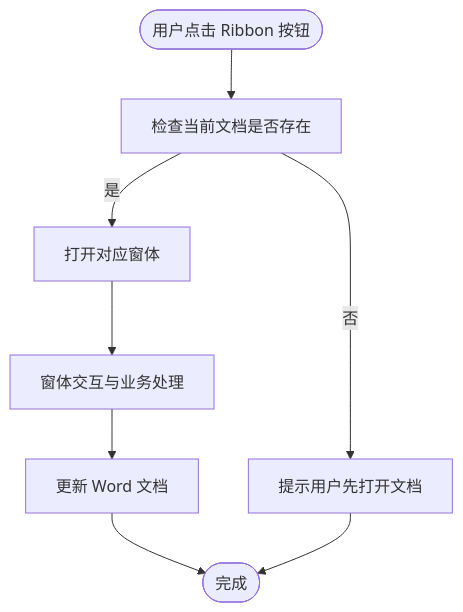
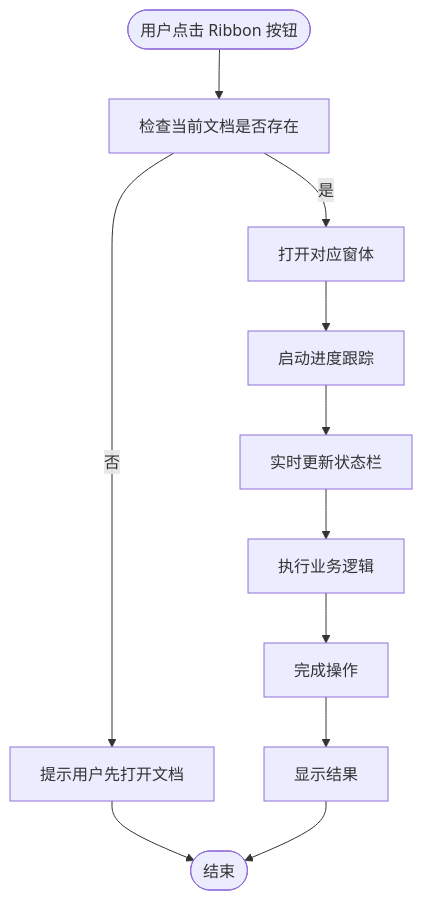
The fourth of 10 diagrams in .qoder/repowiki/zh/content/界面组件/界面组件.md (rainiva/WordTools), drawn with Mermaid before and after one commit. The commit also changed other lines of this file and 8 other files, not shown here.

Commit message:
perf: 大表格插图性能优化-清理编号与计算起始号瓶颈修复+诊断计时

````diff
--- a/.qoder/repowiki/zh/content/界面组件/界面组件.md
+++ b/.qoder/repowiki/zh/content/界面组件/界面组件.md
@@ -183,10 +201,13 @@
 ```mermaid
 flowchart TD
 Start(["用户点击 Ribbon 按钮"]) --> CheckDoc["检查当前文档是否存在"]
 CheckDoc --> |否| Warn["提示用户先打开文档"]
 CheckDoc --> |是| OpenForm["打开对应窗体"]
-OpenForm --> Interact["窗体交互与业务处理"]
-Interact --> UpdateDoc["更新 Word 文档"]
-UpdateDoc --> End(["完成"])
-Warn --> End
+OpenForm --> StartProgress["启动进度跟踪"]
+StartProgress --> UpdateStatus["实时更新状态栏"]
+UpdateStatus --> ProcessTask["执行业务逻辑"]
+ProcessTask --> Complete["完成操作"]
+Complete --> ShowResult["显示结果"]
+Warn --> End(["结束"])
+ShowResult --> End
 ```
````
